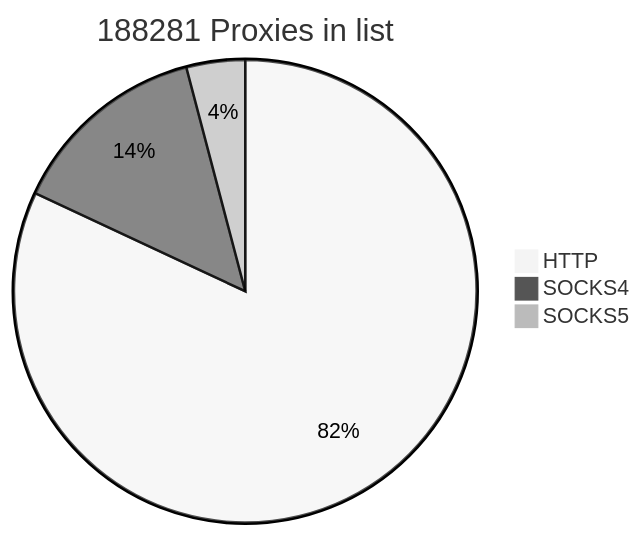
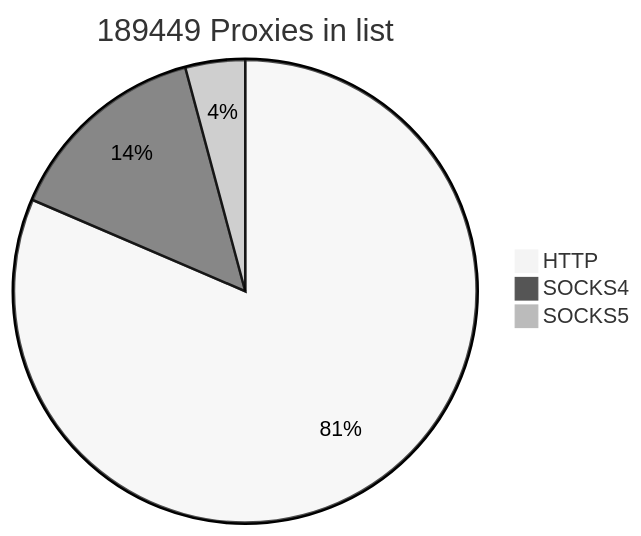
One commit to cutipu/proxylist changed the first of 2 diagrams in README.md. Above: the diagram before and after it, drawn with Mermaid (neutral theme). The commit also changed other lines of this file, not shown here.

````diff
--- a/README.md
+++ b/README.md
@@ -2,7 +2,7 @@
 ```mermaid
-pie title 188281 Proxies in list
-    "HTTP" : 154294
-    "SOCKS4" : 26272
-    "SOCKS5" : 7715
+pie title 189449 Proxies in list
+    "HTTP" : 154320
+    "SOCKS4" : 27228
+    "SOCKS5" : 7901
             
 ```
````
